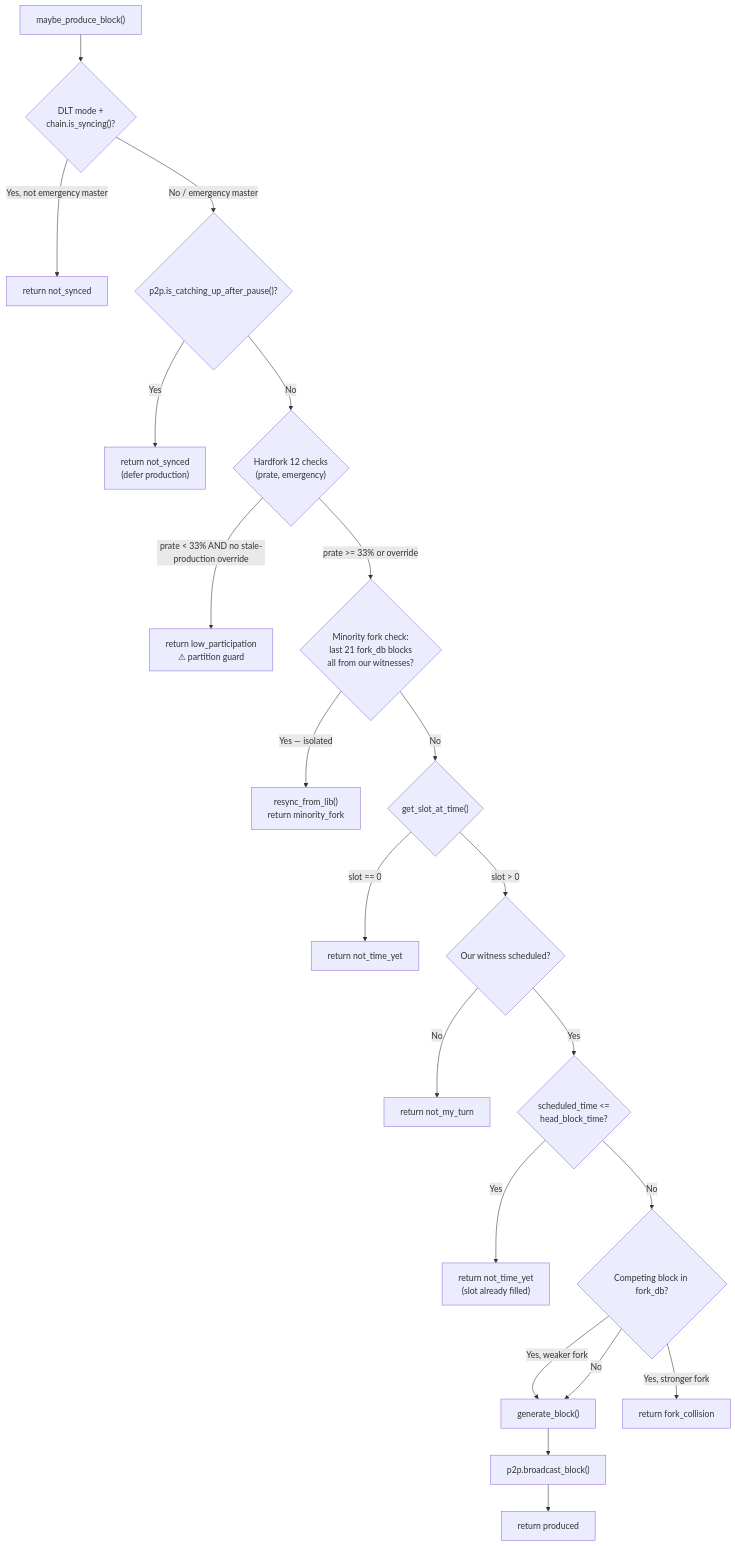
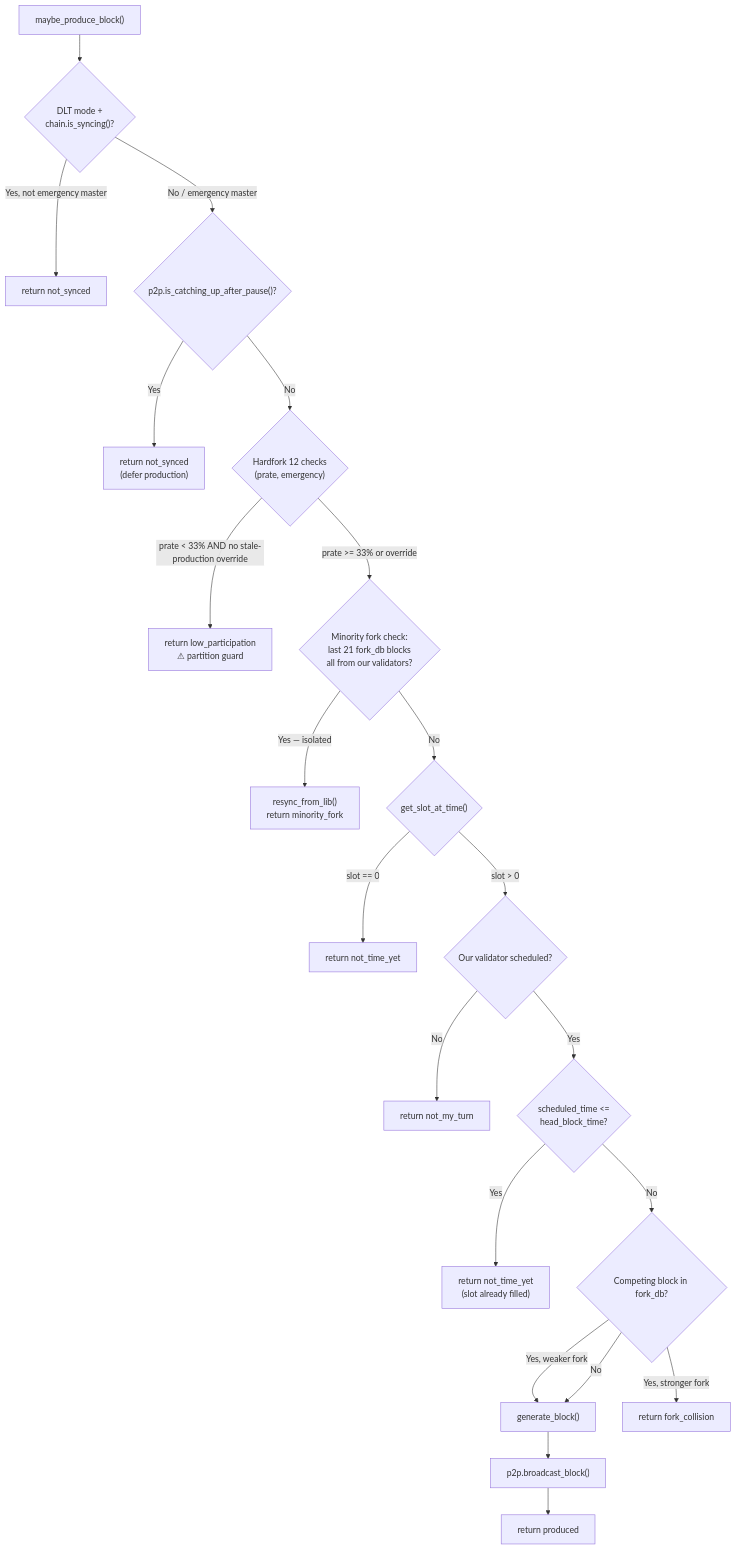
The third of 4 diagrams in .qoder/docs/snapshot-pause-workflow.md (VIZ-Blockchain/viz-cpp-node), drawn with Mermaid before and after one commit. The commit also changed other lines of this file and 88 other files, not shown here.

First line of the commit message:
docs(validator): rename witness to validator throughout documentation

````diff
--- a/.qoder/docs/snapshot-pause-workflow.md
+++ b/.qoder/docs/snapshot-pause-workflow.md
@@ -79,23 +79,23 @@
 ```mermaid
 flowchart TD
     Start["maybe_produce_block()"] --> Sync{"DLT mode +<br/>chain.is_syncing()?"}
     Sync -->|Yes, not emergency master| Ret1["return not_synced"]
     Sync -->|No / emergency master| Gate{"p2p.is_catching_up_after_pause()?"}
     Gate -->|Yes| Ret2["return not_synced<br/>(defer production)"]
     Gate -->|No| HF12{"Hardfork 12 checks<br/>(prate, emergency)"}
     HF12 -->|prate < 33% AND no stale-production override| RetLP["return low_participation<br/>⚠ partition guard"]
-    HF12 -->|prate >= 33% or override| MinFork{"Minority fork check:<br/>last 21 fork_db blocks<br/>all from our witnesses?"}
+    HF12 -->|prate >= 33% or override| MinFork{"Minority fork check:<br/>last 21 fork_db blocks<br/>all from our validators?"}
     MinFork -->|Yes — isolated| RetMF["resync_from_lib()<br/>return minority_fork"]
     MinFork -->|No| Slot{"get_slot_at_time()"}
     Slot -->|slot == 0| Ret3["return not_time_yet"]
-    Slot -->|slot > 0| Witness{"Our witness scheduled?"}
-    Witness -->|No| Ret4["return not_my_turn"]
-    Witness -->|Yes| Stale{"scheduled_time <=<br/>head_block_time?"}
+    Slot -->|slot > 0| validator{"Our validator scheduled?"}
+    validator -->|No| Ret4["return not_my_turn"]
+    validator -->|Yes| Stale{"scheduled_time <=<br/>head_block_time?"}
     Stale -->|Yes| Ret5["return not_time_yet<br/>(slot already filled)"]
     Stale -->|No| Fork{"Competing block in fork_db?"}
     Fork -->|Yes, weaker fork| Produce
     Fork -->|Yes, stronger fork| Ret6["return fork_collision"]
     Fork -->|No| Produce["generate_block()"]
     Produce --> Broadcast["p2p.broadcast_block()"]
     Broadcast --> Done["return produced"]
 ```
````
